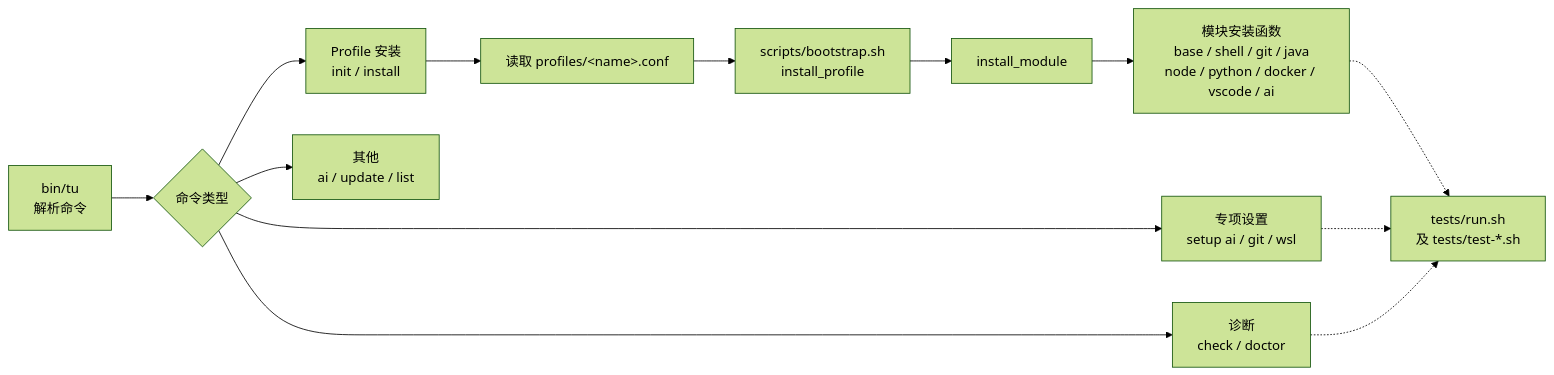
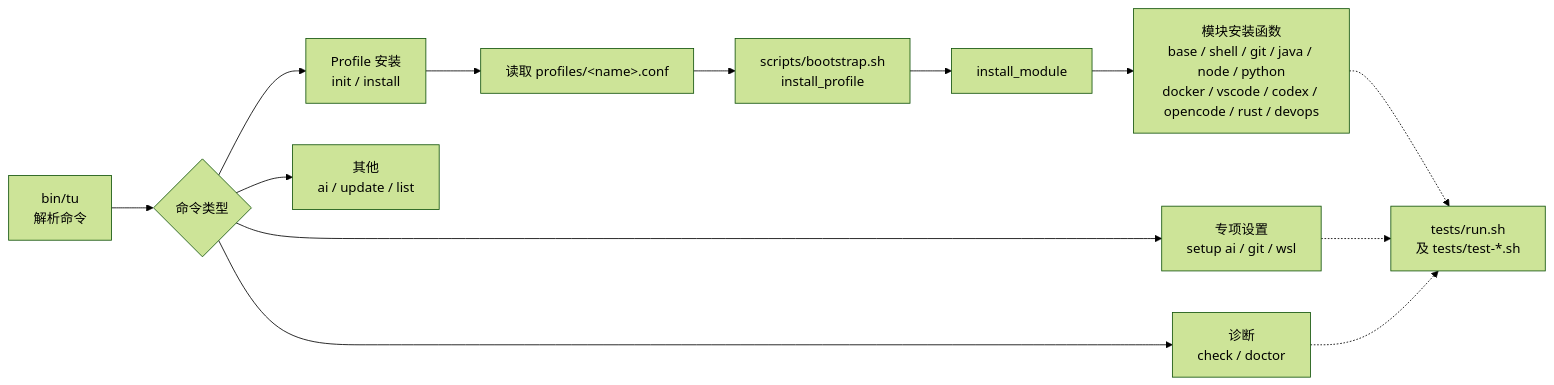
Before and after one commit to cnxutu/tu-devkit: the fifth of 6 diagrams in ai-dev-env-init/docs/overview.md, drawn with Mermaid (forest theme). The commit also changed other lines of this file and 11 other files, not shown here.

````diff
--- a/ai-dev-env-init/docs/overview.md
+++ b/ai-dev-env-init/docs/overview.md
@@ -162,24 +162,24 @@
 ```mermaid
 flowchart LR
     T["bin/tu<br/>解析命令"]
     A{"命令类型"}
     P["Profile 安装<br/>init / install"]
     S["专项设置<br/>setup ai / git / wsl"]
     D["诊断<br/>check / doctor"]
     O["其他<br/>ai / update / list"]
 
     PF["读取 profiles/&lt;name&gt;.conf"]
     IM["scripts/bootstrap.sh<br/>install_profile"]
     MM["install_module"]
-    MOD["模块安装函数<br/>base / shell / git / java<br/>node / python / docker / vscode / ai"]
+    MOD["模块安装函数<br/>base / shell / git / java / node / python<br/>docker / vscode / codex / opencode / rust / devops"]
     TEST["tests/run.sh<br/>及 tests/test-*.sh"]
 
     T --> A
     A --> P --> PF --> IM --> MM --> MOD
     A --> S
     A --> D
     A --> O
     MOD -.-> TEST
     S -.-> TEST
     D -.-> TEST
 ```
````
